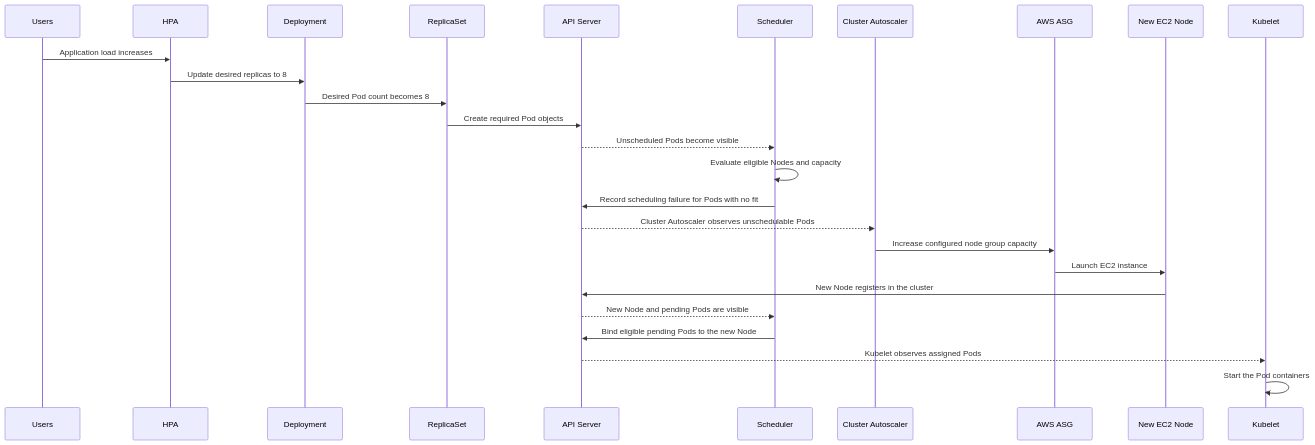
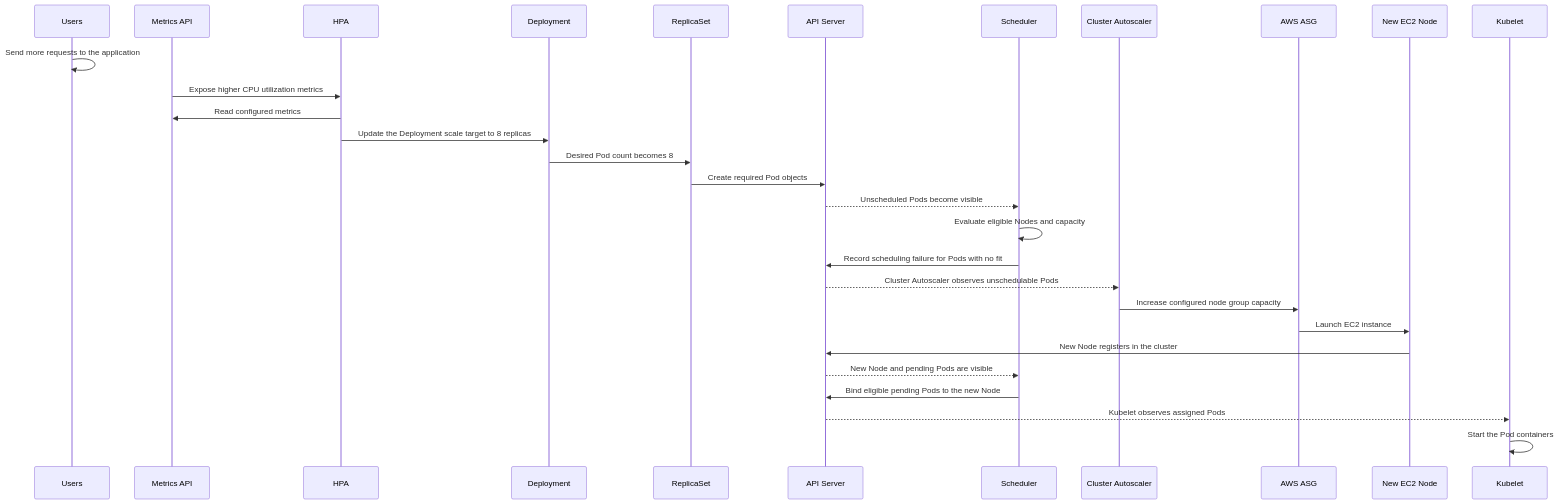
One commit to shomi-khan/k8s-tutorial changed diagram 11 of 12 in chapters/00-kubernetes-foundation/README.md. Above: the diagram before and after it, drawn with Mermaid.

Commit message:
docs: clarify HPA metrics flow in sequence diagram

````diff
--- a/chapters/00-kubernetes-foundation/README.md
+++ b/chapters/00-kubernetes-foundation/README.md
@@ -454,29 +454,32 @@
 ```mermaid
 sequenceDiagram
     participant U as Users
+    participant M as Metrics API
     participant H as HPA
     participant D as Deployment
     participant RS as ReplicaSet
     participant API as API Server
     participant S as Scheduler
     participant CA as Cluster Autoscaler
     participant A as AWS ASG
     participant N as New EC2 Node
     participant K as Kubelet
 
-    U->>H: Application load increases
-    H->>D: Update desired replicas to 8
+    U->>U: Send more requests to the application
+    M->>H: Expose higher CPU utilization metrics
+    H->>M: Read configured metrics
+    H->>D: Update the Deployment scale target to 8 replicas
     D->>RS: Desired Pod count becomes 8
     RS->>API: Create required Pod objects
     API-->>S: Unscheduled Pods become visible
     S->>S: Evaluate eligible Nodes and capacity
     S->>API: Record scheduling failure for Pods with no fit
     API-->>CA: Cluster Autoscaler observes unschedulable Pods
     CA->>A: Increase configured node group capacity
     A->>N: Launch EC2 instance
     N->>API: New Node registers in the cluster
     API-->>S: New Node and pending Pods are visible
     S->>API: Bind eligible pending Pods to the new Node
     API-->>K: Kubelet observes assigned Pods
     K->>K: Start the Pod containers
 ```
````
